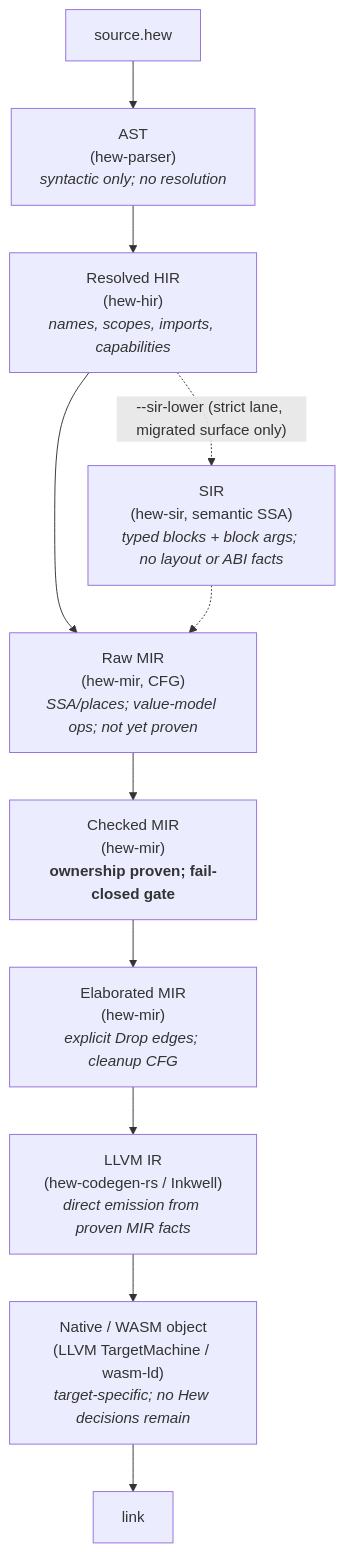
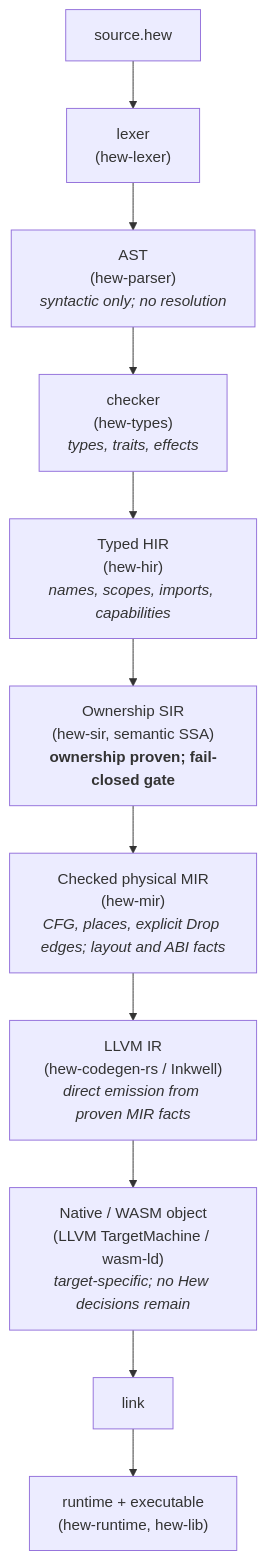
The first of 7 diagrams in docs/diagrams.md (hew-lang/hew), drawn with Mermaid before and after one commit. The commit also changed other lines of this file and 1 other file, not shown here.

First line of the commit message:
docs: state the pipeline as source through SIR and physical MIR

````diff
--- a/docs/diagrams.md
+++ b/docs/diagrams.md
@@ -23,13 +21,13 @@
 ```mermaid
 flowchart TD
-    SRC["source.hew"] --> AST["AST<br/>(hew-parser)<br/><i>syntactic only; no resolution</i>"]
-    AST --> HIR["Resolved HIR<br/>(hew-hir)<br/><i>names, scopes, imports, capabilities</i>"]
-    HIR --> RMIR["Raw MIR<br/>(hew-mir, CFG)<br/><i>SSA/places; value-model ops; not yet proven</i>"]
-    HIR -. "--sir-lower (strict lane, migrated surface only)" .-> SIR["SIR<br/>(hew-sir, semantic SSA)<br/><i>typed blocks + block args; no layout or ABI facts</i>"]
-    SIR -.-> RMIR
-    RMIR --> CMIR["Checked MIR<br/>(hew-mir)<br/><b>ownership proven; fail-closed gate</b>"]
-    CMIR --> EMIR["Elaborated MIR<br/>(hew-mir)<br/><i>explicit Drop edges; cleanup CFG</i>"]
-    EMIR --> LLVM["LLVM IR<br/>(hew-codegen-rs / Inkwell)<br/><i>direct emission from proven MIR facts</i>"]
+    SRC["source.hew"] --> LEX["lexer<br/>(hew-lexer)"]
+    LEX --> AST["AST<br/>(hew-parser)<br/><i>syntactic only; no resolution</i>"]
+    AST --> CHK["checker<br/>(hew-types)<br/><i>types, traits, effects</i>"]
+    CHK --> HIR["Typed HIR<br/>(hew-hir)<br/><i>names, scopes, imports, capabilities</i>"]
+    HIR --> SIR["Ownership SIR<br/>(hew-sir, semantic SSA)<br/><b>ownership proven; fail-closed gate</b>"]
+    SIR --> MIR["Checked physical MIR<br/>(hew-mir)<br/><i>CFG, places, explicit Drop edges; layout and ABI facts</i>"]
+    MIR --> LLVM["LLVM IR<br/>(hew-codegen-rs / Inkwell)<br/><i>direct emission from proven MIR facts</i>"]
     LLVM --> OBJ["Native / WASM object<br/>(LLVM TargetMachine / wasm-ld)<br/><i>target-specific; no Hew decisions remain</i>"]
     OBJ --> LINK["link"]
+    LINK --> EXE["runtime + executable<br/>(hew-runtime, hew-lib)"]
 ```
````
